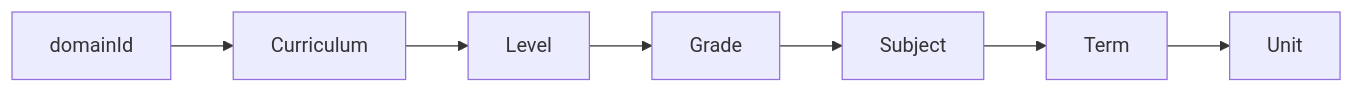
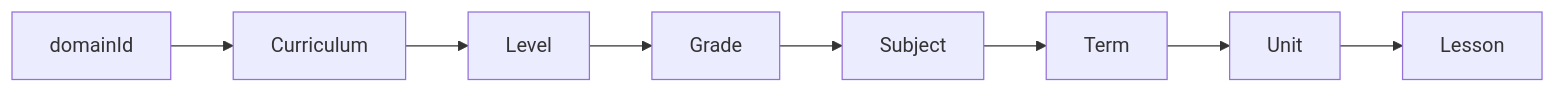
The third of 7 diagrams in Qalam.Data/AppMetaData/docs/Education_Business_Logic.md (Mozaffer249/Qalam), drawn with Mermaid before and after one commit. The commit also changed other lines of this file and 10 other files, not shown here.

First line of the commit message:
feat(education-filter): enhance filter options with content unit and lesson selection

````diff
--- a/Qalam.Data/AppMetaData/docs/Education_Business_Logic.md
+++ b/Qalam.Data/AppMetaData/docs/Education_Business_Logic.md
@@ -154,4 +158,4 @@
 ```mermaid
 flowchart LR
-    D[domainId] --> CU[Curriculum] --> L[Level] --> G[Grade] --> SU[Subject] --> T[Term] --> U[Unit]
+    D[domainId] --> CU[Curriculum] --> L[Level] --> G[Grade] --> SU[Subject] --> T[Term] --> U[Unit] --> LS[Lesson]
 ```
````
